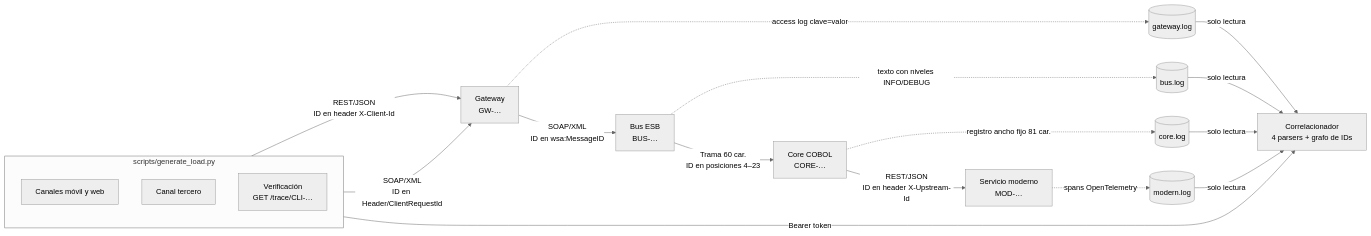
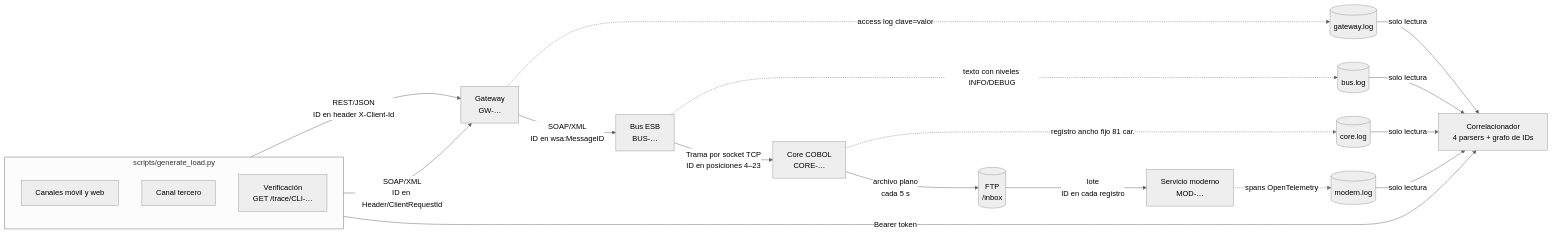
One commit to julian012/M_AYGO-chaining-observability changed the first of 2 diagrams in docs/flujo-y-telemetria.md. Above: the diagram before and after it, drawn with Mermaid (neutral theme). The commit also changed other lines of this file and 29 other files, not shown here.

First line of the commit message:
feat: trames over TCP and flat files over FTP (realistic transport)

````diff
--- a/docs/flujo-y-telemetria.md
+++ b/docs/flujo-y-telemetria.md
@@ -19,20 +19,21 @@
 ```mermaid
 flowchart LR
   subgraph GEN["scripts/generate_load.py"]
     direction TB
     MW["Canales móvil y web"]
     PT["Canal tercero"]
     V["Verificación<br/>GET /trace/CLI-…"]
   end
   MW -->|"REST/JSON<br/>ID en header X-Client-Id"| GW["Gateway<br/>GW-…"]
   PT -->|"SOAP/XML<br/>ID en Header/ClientRequestId"| GW
   GW -->|"SOAP/XML<br/>ID en wsa:MessageID"| BUS["Bus ESB<br/>BUS-…"]
-  BUS -->|"Trama 60 car.<br/>ID en posiciones 4–23"| CORE["Core COBOL<br/>CORE-…"]
-  CORE -->|"REST/JSON<br/>ID en header X-Upstream-Id"| MOD["Servicio moderno<br/>MOD-…"]
+  BUS -->|"Trama por socket TCP<br/>ID en posiciones 4–23"| CORE["Core COBOL<br/>CORE-…"]
+  CORE -->|"archivo plano<br/>cada 5 s"| FTP[("FTP<br/>/inbox")]
+  FTP -->|"lote<br/>ID en cada registro"| MOD["Servicio moderno<br/>MOD-…"]
   GW -. "access log clave=valor" .-> LG[("gateway.log")]
   BUS -. "texto con niveles INFO/DEBUG" .-> LB[("bus.log")]
   CORE -. "registro ancho fijo 81 car." .-> LC[("core.log")]
   MOD -. "spans OpenTelemetry" .-> LM[("modern.log")]
   LG & LB & LC & LM -->|"solo lectura"| COR["Correlacionador<br/>4 parsers + grafo de IDs"]
   V -->|"Bearer token"| COR
 ```
````
